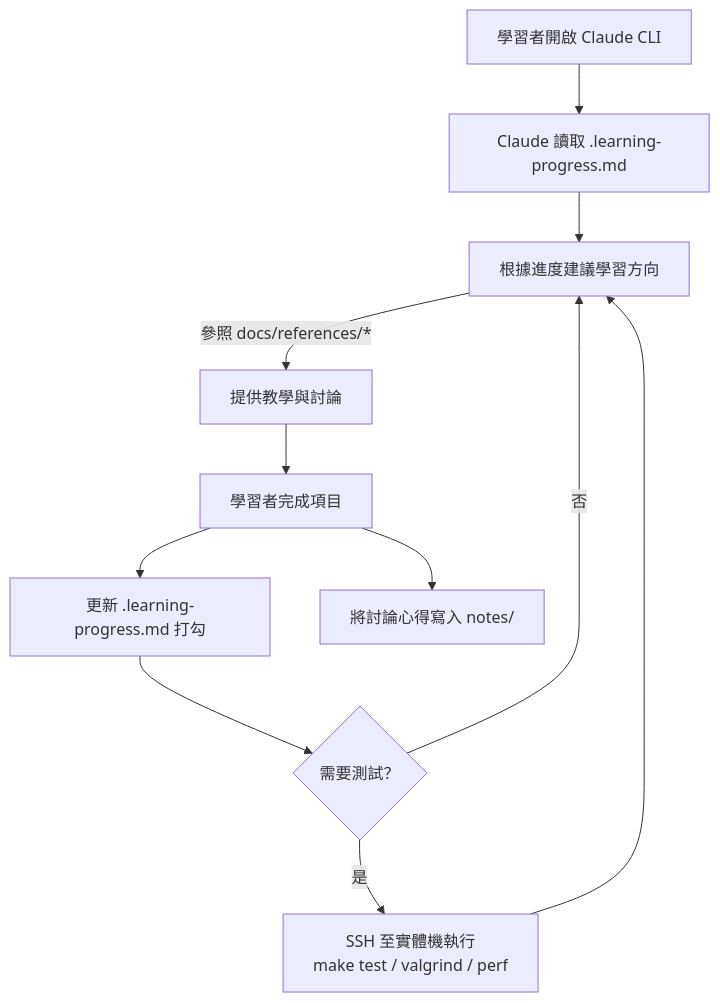
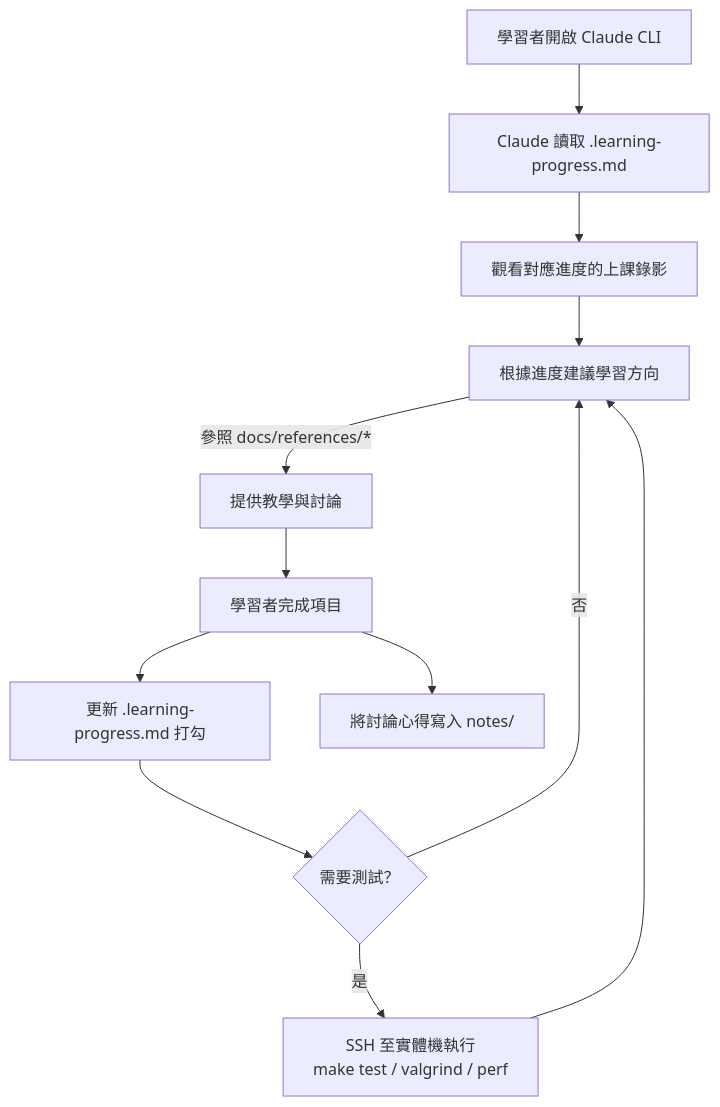
Before and after one commit to laneser/linuxkernel2026: the third of 3 diagrams in docs/ARC42.md, drawn with Mermaid.

Commit message:
Add lecture video step to typical learning flow in ARC42 §6

````diff
--- a/docs/ARC42.md
+++ b/docs/ARC42.md
@@ -126,13 +126,14 @@
 ```mermaid
 flowchart TD
     A["學習者開啟 Claude CLI"] --> B["Claude 讀取 .learning-progress.md"]
-    B --> C["根據進度建議學習方向"]
+    B --> V["觀看對應進度的上課錄影"]
+    V --> C["根據進度建議學習方向"]
     C -- "參照 docs/references/*" --> D["提供教學與討論"]
     D --> E["學習者完成項目"]
     E --> F["更新 .learning-progress.md 打勾"]
     E --> G["將討論心得寫入 notes/"]
     F --> H{"需要測試？"}
     H -- "是" --> I["SSH 至實體機執行<br/>make test / valgrind / perf"]
     H -- "否" --> C
     I --> C
 ```
````
